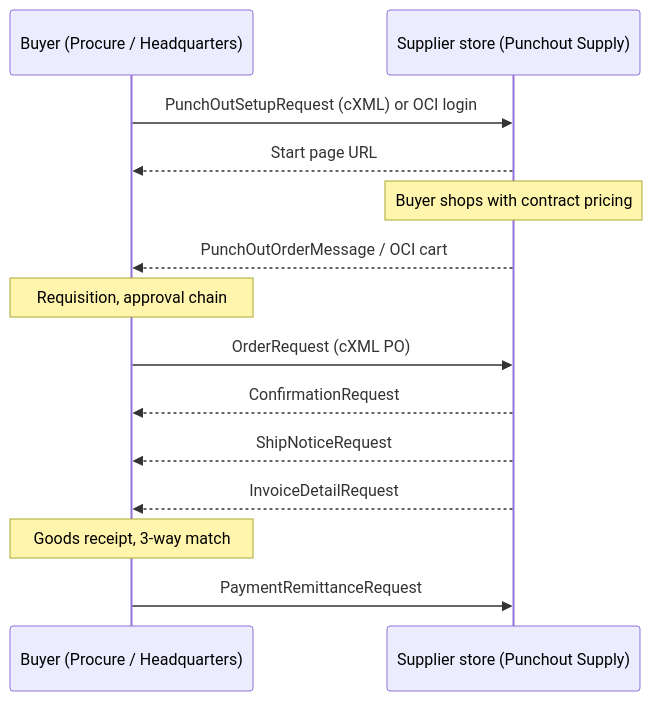
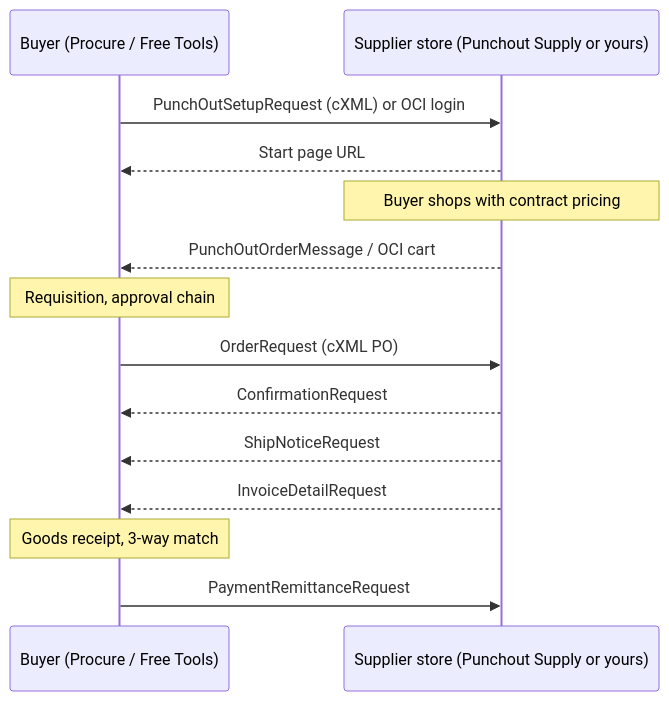
One commit to k2annex/punchout-suite-showcase changed the diagram in README.md. Above: the diagram before and after it, drawn with Mermaid. The commit also changed other lines of this file and 8 other files, not shown here.

Commit message:
Update for the Punchout HQ restructure: free tools, bring your own store, readiness checks

````diff
--- a/README.md
+++ b/README.md
@@ -19,16 +25,16 @@
 ```mermaid
 sequenceDiagram
-    participant B as Buyer (Procure / Headquarters)
-    participant S as Supplier store (Punchout Supply)
+    participant B as Buyer (Procure / Free Tools)
+    participant S as Supplier store (Punchout Supply or yours)
     B->>S: PunchOutSetupRequest (cXML) or OCI login
     S-->>B: Start page URL
     Note over S: Buyer shops with contract pricing
     S-->>B: PunchOutOrderMessage / OCI cart
     Note over B: Requisition, approval chain
     B->>S: OrderRequest (cXML PO)
     S-->>B: ConfirmationRequest
     S-->>B: ShipNoticeRequest
     S-->>B: InvoiceDetailRequest
     Note over B: Goods receipt, 3-way match
     B->>S: PaymentRemittanceRequest
 ```
````
